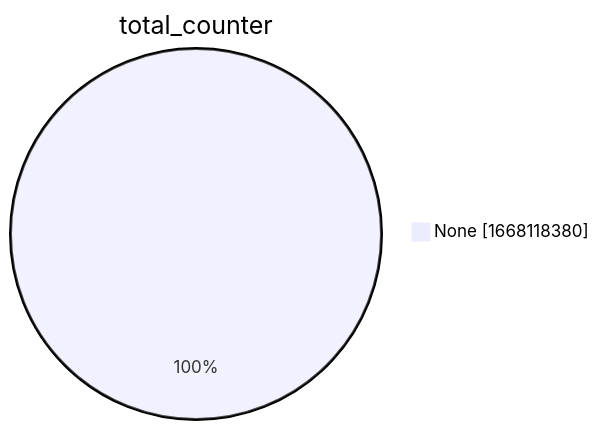
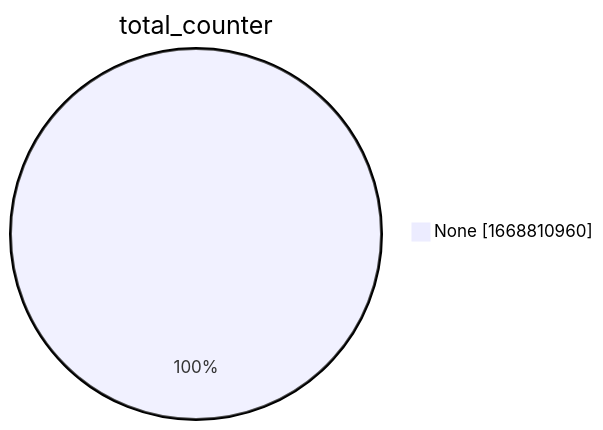
One commit to christiankrug/ctmonitor_visualization changed the second of 15 diagrams in xenon2022/README.md. Above: the diagram before and after it, drawn with Mermaid. The commit also changed other lines of this file, not shown here.

````diff
--- a/xenon2022/README.md
+++ b/xenon2022/README.md
@@ -9,5 +9,5 @@
 ```mermaid
 pie showData
 title total_counter
-"None" :1668118380
+"None" :1668810960
 ```
````
